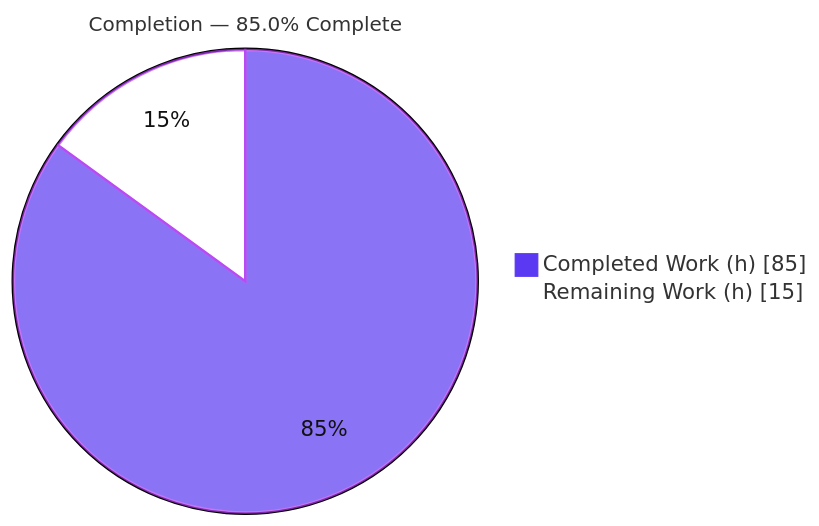
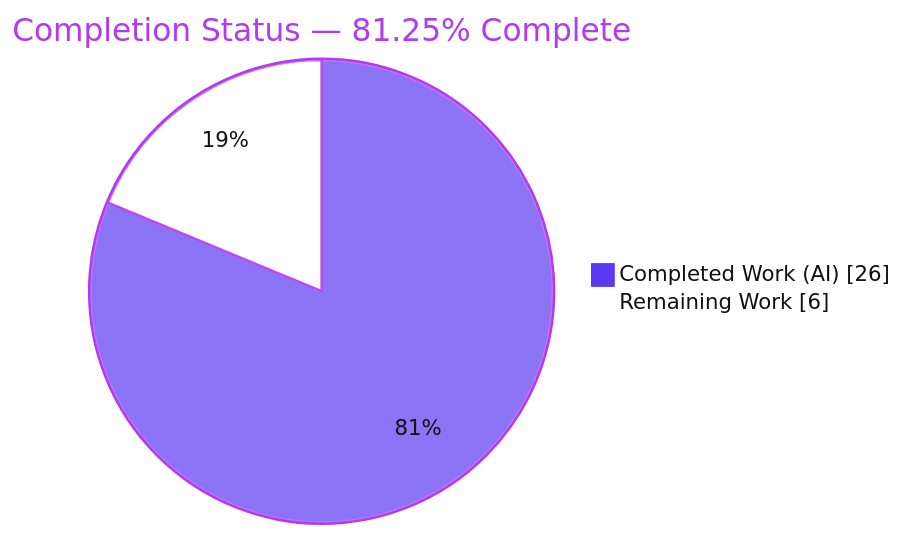
Before and after one commit to blitzy-public-samples/blitzy-WebVella-ERP: the first of 3 diagrams in blitzy/documentation/Project Guide.md, drawn with Mermaid. The commit also changed other lines of this file, not shown here.

Commit message:
Adding Blitzy Project Guide: Project Status and Human Tasks Remaining

````diff
--- a/blitzy/documentation/Project Guide.md
+++ b/blitzy/documentation/Project Guide.md
@@ -17,6 +18,6 @@
 ```mermaid
-%%{init: {'theme':'base', 'themeVariables':{'pie1':'#5B39F3','pie2':'#FFFFFF','pieStrokeColor':'#B23AF2','pieStrokeWidth':'2px','pieOuterStrokeWidth':'2px','pieTitleTextSize':'16px','pieSectionTextColor':'#111111'}}}%%
-pie showData title Completion — 85.0% Complete
-    "Completed Work (h)" : 85
-    "Remaining Work (h)" : 15
+%%{init: {'theme':'base', 'themeVariables': {'pie1':'#5B39F3','pie2':'#FFFFFF','pieStrokeColor':'#B23AF2','pieOuterStrokeColor':'#B23AF2','pieTitleTextColor':'#B23AF2','pieSectionTextColor':'#111111','pieLegendTextColor':'#111111','pieStrokeWidth':'2px','pieOuterStrokeWidth':'2px'}}}%%
+pie showData title Completion Status — 81.25% Complete
+    "Completed Work (AI)" : 26
+    "Remaining Work" : 6
 ```
````
